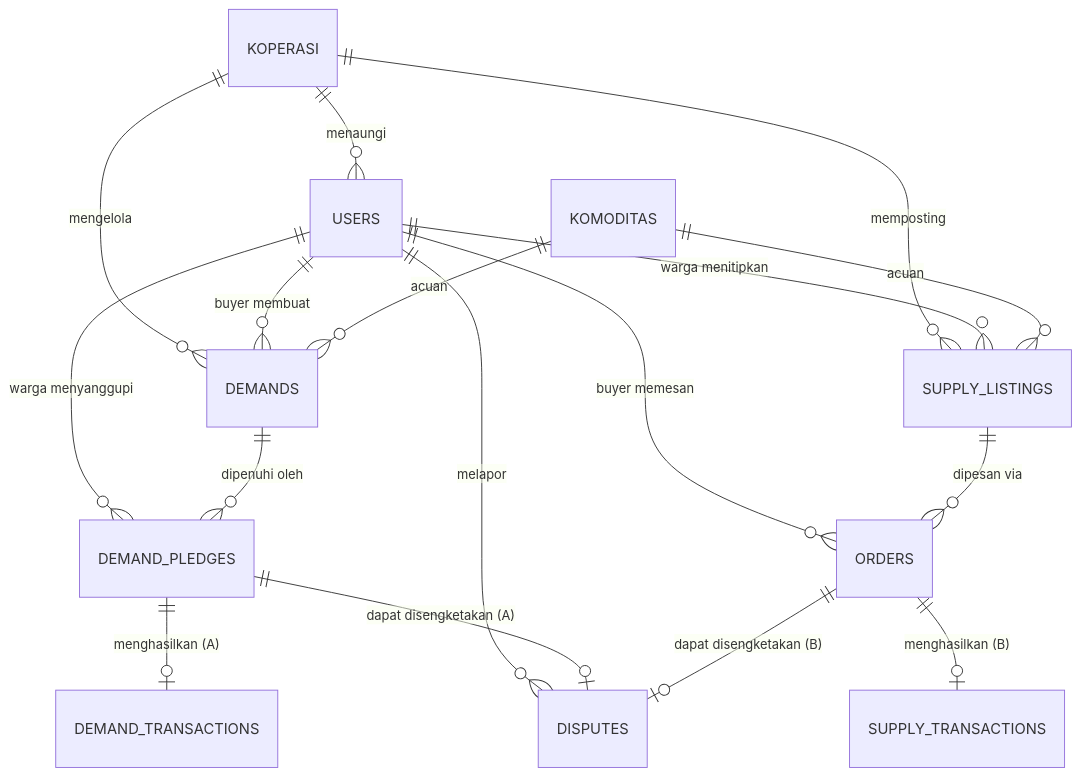
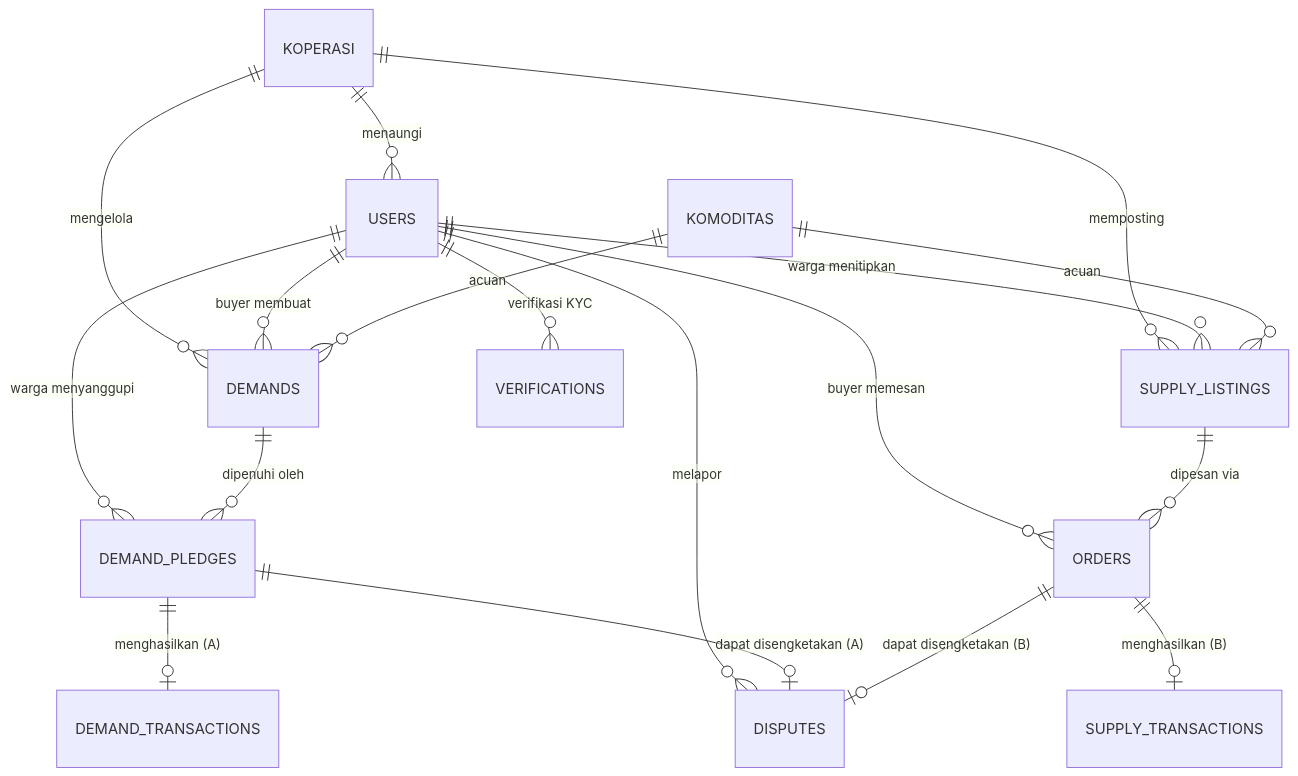
Before and after one commit to niceProg/budes: the second of 2 diagrams in PRD.md, drawn with Mermaid. The commit also changed other lines of this file and 4 other files, not shown here.

First line of the commit message:
feat: add DP + KYC verification (schema + docs)

````diff
--- a/PRD.md
+++ b/PRD.md
@@ -170,19 +179,20 @@
 ```mermaid
 erDiagram
     KOPERASI ||--o{ USERS           : "menaungi"
     KOPERASI ||--o{ DEMANDS         : "mengelola"
     KOPERASI ||--o{ SUPPLY_LISTINGS : "memposting"
+    USERS ||--o{ VERIFICATIONS   : "verifikasi KYC"
     USERS ||--o{ DEMANDS         : "buyer membuat"
     USERS ||--o{ DEMAND_PLEDGES  : "warga menyanggupi"
     USERS ||--o{ SUPPLY_LISTINGS : "warga menitipkan"
     USERS ||--o{ ORDERS          : "buyer memesan"
     USERS ||--o{ DISPUTES        : "melapor"
     KOMODITAS ||--o{ DEMANDS         : "acuan"
     KOMODITAS ||--o{ SUPPLY_LISTINGS : "acuan"
     DEMANDS         ||--o{ DEMAND_PLEDGES : "dipenuhi oleh"
     SUPPLY_LISTINGS ||--o{ ORDERS        : "dipesan via"
     DEMAND_PLEDGES ||--o| DEMAND_TRANSACTIONS : "menghasilkan (A)"
     ORDERS         ||--o| SUPPLY_TRANSACTIONS : "menghasilkan (B)"
     DEMAND_PLEDGES ||--o| DISPUTES : "dapat disengketakan (A)"
     ORDERS         ||--o| DISPUTES : "dapat disengketakan (B)"
 ```
````
